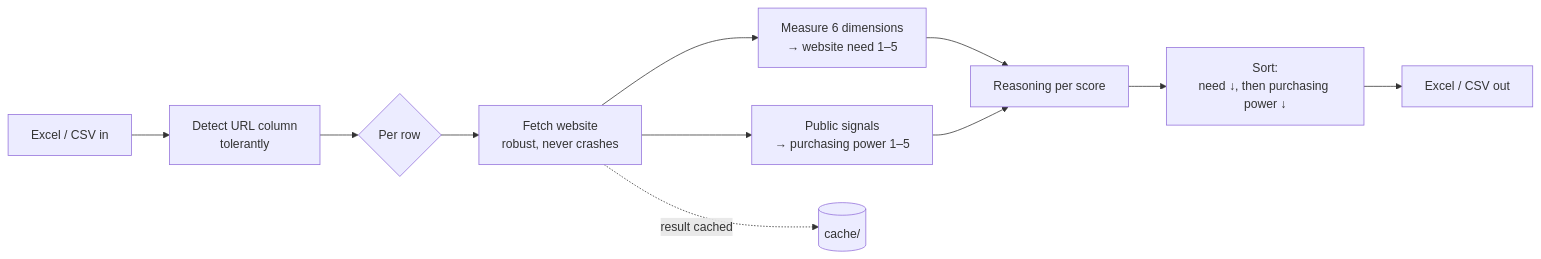
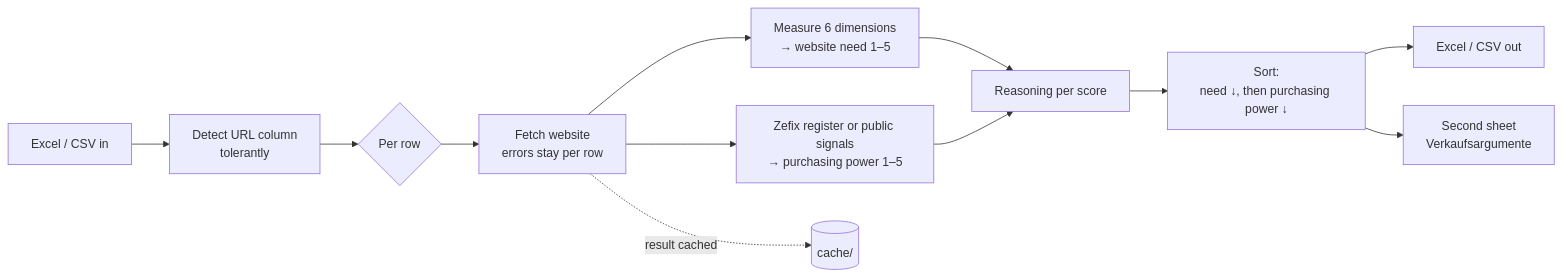
Before and after one commit to kronprinzmagma/Lead-Analyzer: the diagram in README.md, drawn with Mermaid. The commit also changed other lines of this file, not shown here.

````diff
--- a/README.md
+++ b/README.md
@@ -79,13 +72,14 @@
 ```mermaid
 flowchart LR
     A[Excel / CSV in] --> B[Detect URL column<br/>tolerantly]
     B --> C{Per row}
-    C --> D[Fetch website<br/>robust, never crashes]
+    C --> D[Fetch website<br/>errors stay per row]
     D --> E[Measure 6 dimensions<br/>→ website need 1–5]
-    D --> F[Public signals<br/>→ purchasing power 1–5]
+    D --> F[Zefix register or public signals<br/>→ purchasing power 1–5]
     E --> G[Reasoning per score]
     F --> G
     G --> H[Sort:<br/>need ↓, then purchasing power ↓]
     H --> I[Excel / CSV out]
+    H --> K[Second sheet<br/>Verkaufsargumente]
     D -.result cached.-> J[(cache/)]
 ```
````
